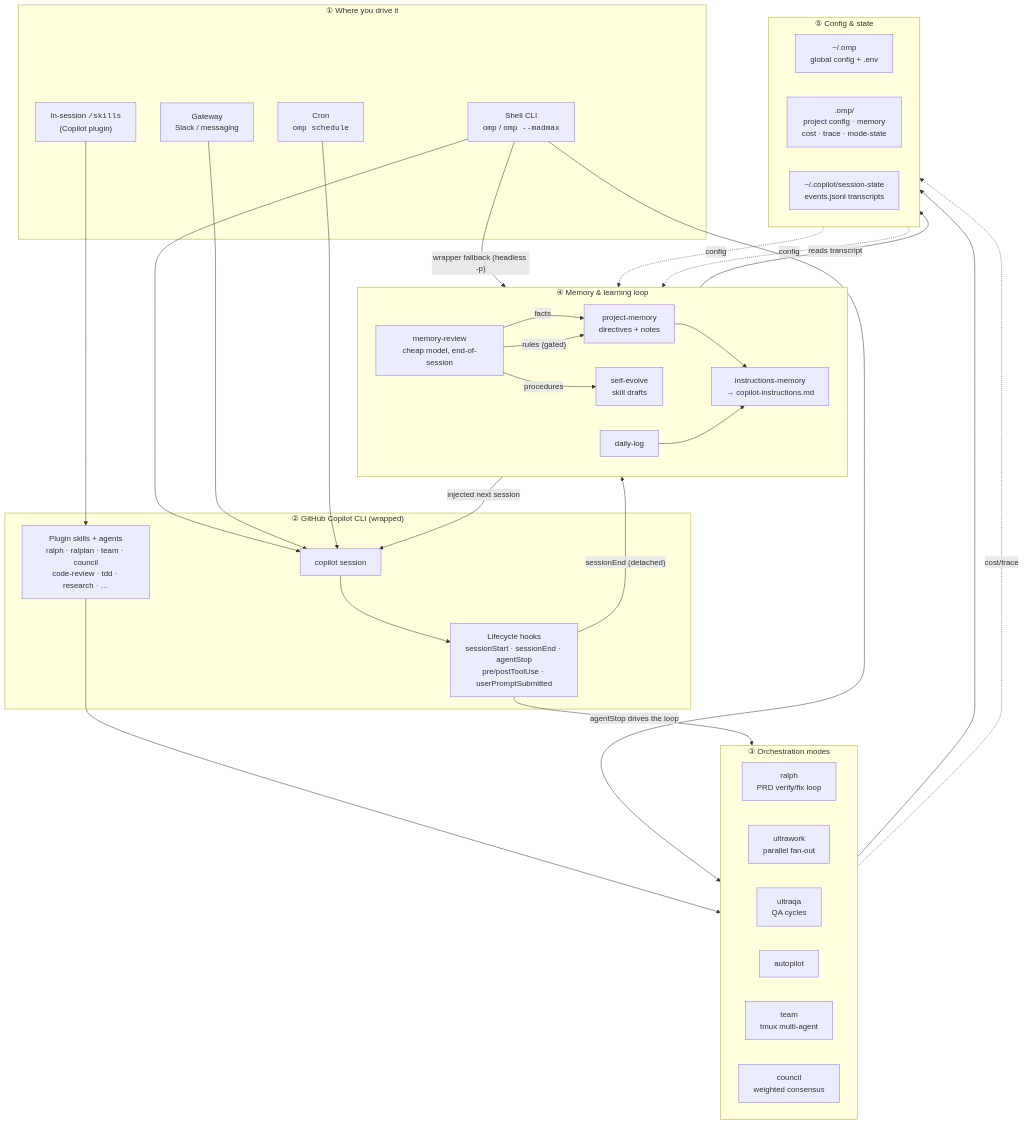
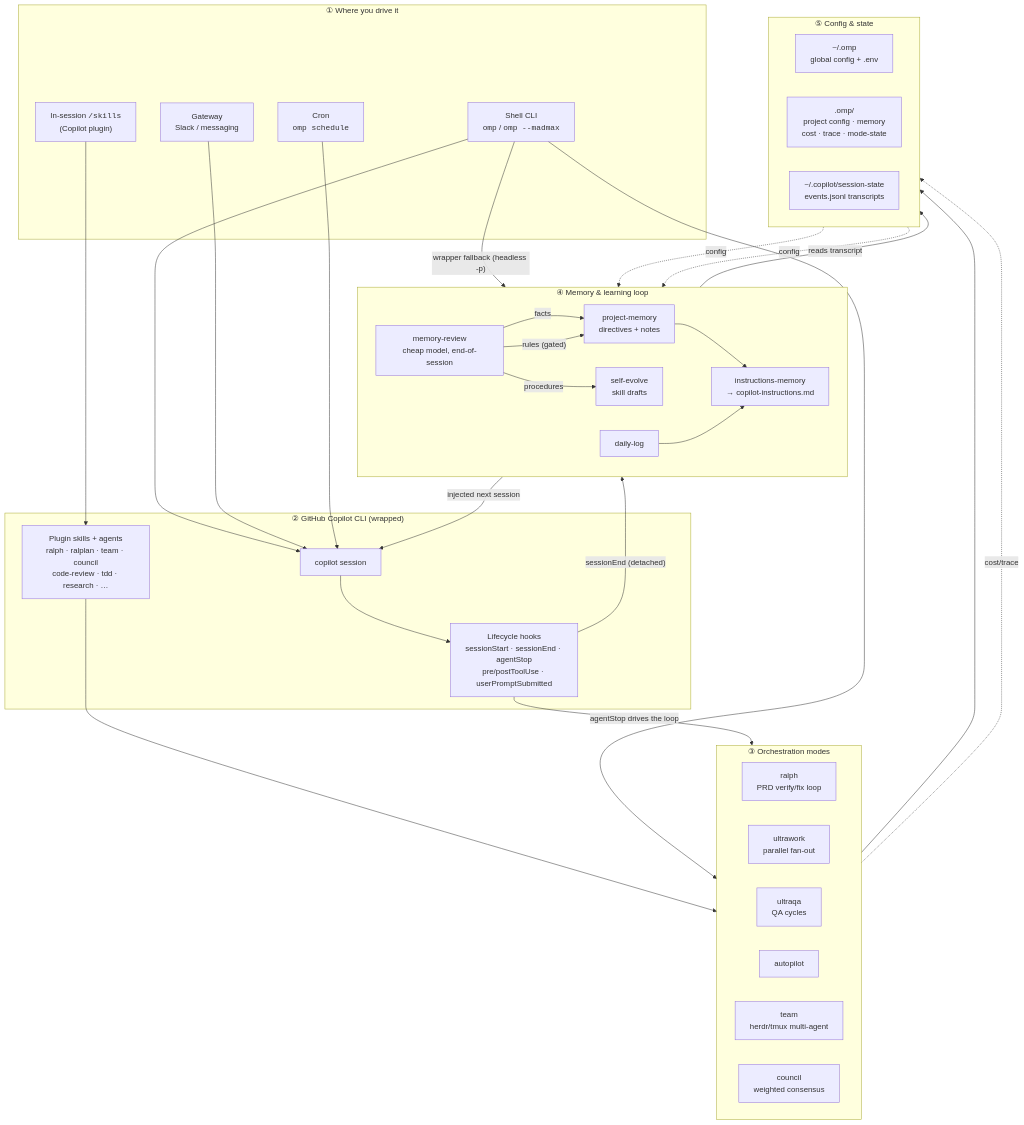
One commit to damian87x/oh-my-copilot changed the first of 2 diagrams in README.md. Above: the diagram before and after it, drawn with Mermaid. The commit also changed other lines of this file and 5 other files, not shown here.

First line of the commit message:
docs(team): herdr default + tmux opt-out in skills and README; doctor reports backend

````diff
--- a/README.md
+++ b/README.md
@@ -71,65 +71,65 @@
 ```mermaid
 flowchart TB
   subgraph Surfaces["① Where you drive it"]
     SH["Shell CLI<br/><code>omp</code> / <code>omp --madmax</code>"]
     IDE["In-session <code>/skills</code><br/>(Copilot plugin)"]
     GW["Gateway<br/>Slack / messaging"]
     CRON["Cron<br/><code>omp schedule</code>"]
   end
 
   subgraph Copilot["② GitHub Copilot CLI (wrapped)"]
     CP["copilot session"]
     HK["Lifecycle hooks<br/>sessionStart · sessionEnd · agentStop<br/>pre/postToolUse · userPromptSubmitted"]
     PS["Plugin skills + agents<br/>ralph · ralplan · team · council<br/>code-review · tdd · research · …"]
   end
 
   subgraph Orchestration["③ Orchestration modes"]
     direction LR
     RALPH["ralph<br/>PRD verify/fix loop"]
     UW["ultrawork<br/>parallel fan-out"]
     UQA["ultraqa<br/>QA cycles"]
     AP["autopilot"]
-    TEAM["team<br/>tmux multi-agent"]
+    TEAM["team<br/>herdr/tmux multi-agent"]
     COUNCIL["council<br/>weighted consensus"]
   end
 
   subgraph Learning["④ Memory & learning loop"]
     direction LR
     MR["memory-review<br/>cheap model, end-of-session"]
     PM["project-memory<br/>directives + notes"]
     SE["self-evolve<br/>skill drafts"]
     DL["daily-log"]
     IM["instructions-memory<br/>→ copilot-instructions.md"]
   end
 
   subgraph Store["⑤ Config & state"]
     direction LR
     G["~/.omp<br/>global config + .env"]
     P[".omp/<br/>project config · memory<br/>cost · trace · mode-state"]
     SST["~/.copilot/session-state<br/>events.jsonl transcripts"]
   end
 
   SH --> CP
   GW --> CP
   CRON --> CP
   IDE --> PS
   CP --> HK
   PS --> Orchestration
   SH --> Orchestration
   HK -- "agentStop drives the loop" --> Orchestration
   Orchestration --> P
 
   HK -- "sessionEnd (detached)" --> MR
   SH -- "wrapper fallback (headless -p)" --> MR
   MR -- reads transcript --> SST
   MR -- "facts" --> PM
   MR -- "procedures" --> SE
   MR -- "rules (gated)" --> PM
   PM --> IM
   DL --> IM
   IM -- "injected next session" --> CP
 
   G -. config .-> MR
   P -. config .-> MR
   Orchestration -. cost/trace .-> P
 ```
````
